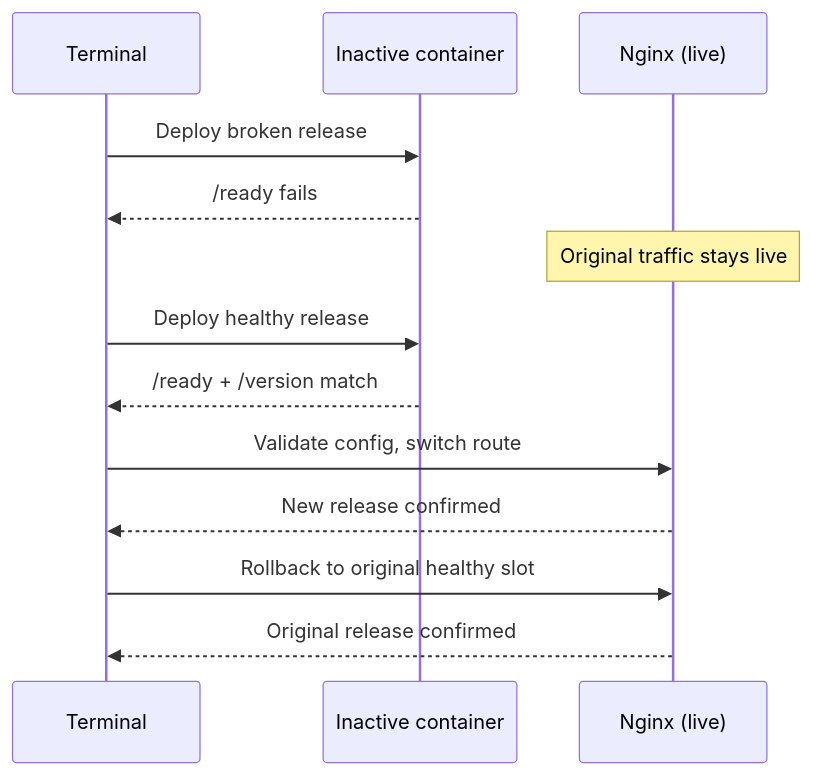
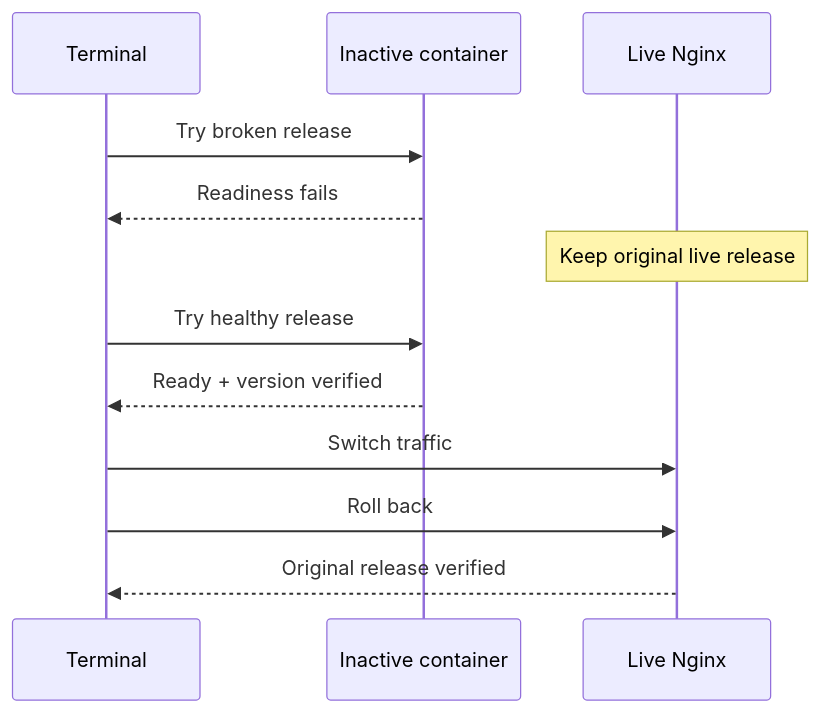
Before and after one commit to Mishkaaass/ci-cd-lab: the second of 2 diagrams in README.md, drawn with Mermaid. The commit also changed other lines of this file and 3 other files, not shown here.

````diff
--- a/README.md
+++ b/README.md
@@ -74,15 +71,14 @@
 ```mermaid
 sequenceDiagram
-  participant CLI as Terminal
+  participant Terminal
   participant Candidate as Inactive container
-  participant Nginx as Nginx (live)
-  CLI->>Candidate: Deploy broken release
-  Candidate-->>CLI: /ready fails
-  Note over Nginx: Original traffic stays live
-  CLI->>Candidate: Deploy healthy release
-  Candidate-->>CLI: /ready + /version match
-  CLI->>Nginx: Validate config, switch route
-  Nginx-->>CLI: New release confirmed
-  CLI->>Nginx: Rollback to original healthy slot
-  Nginx-->>CLI: Original release confirmed
+  participant Proxy as Live Nginx
+  Terminal->>Candidate: Try broken release
+  Candidate-->>Terminal: Readiness fails
+  Note over Proxy: Keep original live release
+  Terminal->>Candidate: Try healthy release
+  Candidate-->>Terminal: Ready + version verified
+  Terminal->>Proxy: Switch traffic
+  Terminal->>Proxy: Roll back
+  Proxy-->>Terminal: Original release verified
 ```
````
